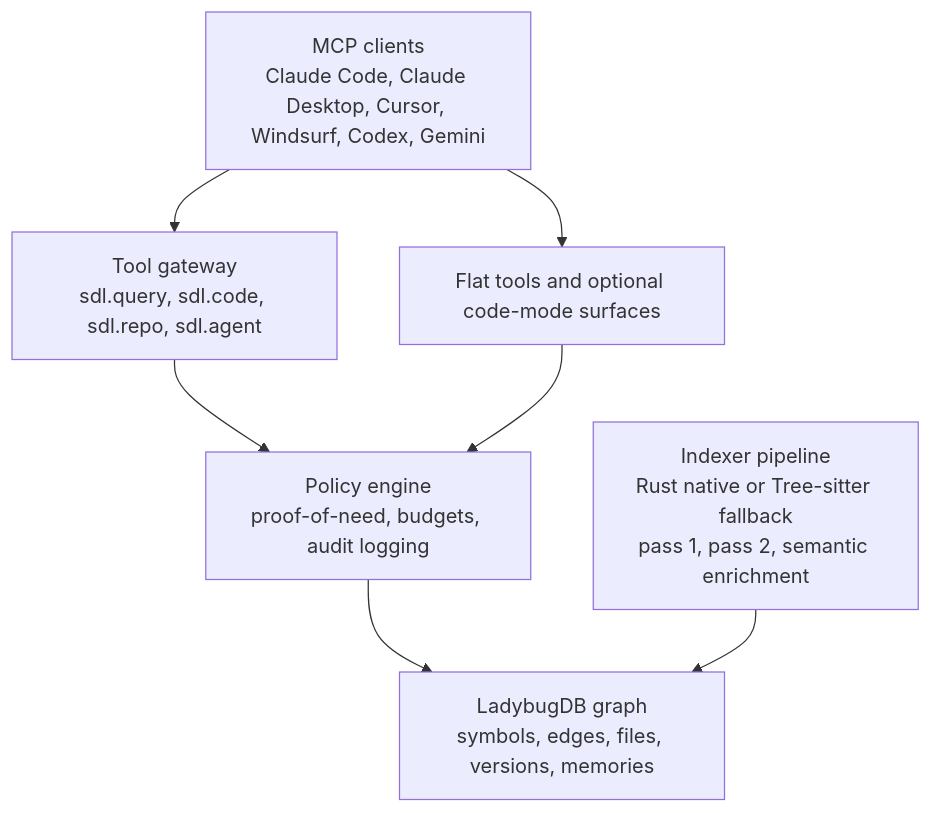
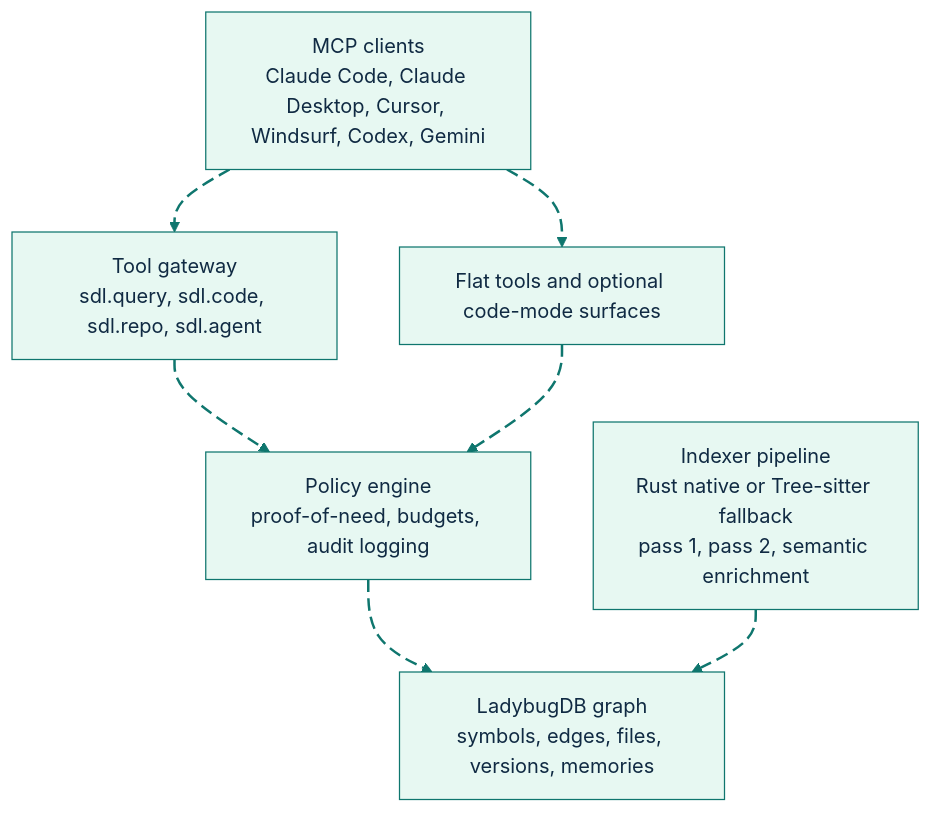
Before and after one commit to GlitterKill/sdl-mcp: the tenth of 10 diagrams in README.md, drawn with Mermaid. The commit also changed other lines of this file and 1 other file, not shown here.

````diff
--- a/README.md
+++ b/README.md
@@ -589,16 +696,26 @@
 ```mermaid
+%%{init: {"theme":"base","themeVariables":{"background":"#ffffff","primaryColor":"#E7F8F2","primaryBorderColor":"#0F766E","primaryTextColor":"#102A43","secondaryColor":"#E8F1FF","secondaryBorderColor":"#2563EB","secondaryTextColor":"#102A43","tertiaryColor":"#FFF4D6","tertiaryBorderColor":"#B45309","tertiaryTextColor":"#102A43","lineColor":"#0F766E","textColor":"#102A43","fontFamily":"Inter, ui-sans-serif, system-ui, -apple-system, BlinkMacSystemFont, Segoe UI, sans-serif"},"flowchart":{"curve":"basis","htmlLabels":true}}}%%
 flowchart TD
     Clients["MCP clients<br/>Claude Code, Claude Desktop, Cursor, Windsurf, Codex, Gemini"]
     Gateway["Tool gateway<br/>sdl.query, sdl.code, sdl.repo, sdl.agent"]
     Flat["Flat tools and optional code-mode surfaces"]
     Policy["Policy engine<br/>proof-of-need, budgets, audit logging"]
     Graph["LadybugDB graph<br/>symbols, edges, files, versions, memories"]
     Indexer["Indexer pipeline<br/>Rust native or Tree-sitter fallback<br/>pass 1, pass 2, semantic enrichment"]
 
-    Clients --> Gateway
-    Clients --> Flat
-    Gateway --> Policy
-    Flat --> Policy
-    Policy --> Graph
-    Indexer --> Graph
+    Clients e1@--> Gateway
+    Clients e2@--> Flat
+    Gateway e3@--> Policy
+    Flat e4@--> Policy
+    Policy e5@--> Graph
+    Indexer e6@--> Graph
+
+    classDef source fill:#E7F8F2,stroke:#0F766E,stroke-width:2px,color:#102A43;
+    classDef process fill:#E8F1FF,stroke:#2563EB,stroke-width:2px,color:#102A43;
+    classDef decision fill:#FFF4D6,stroke:#B45309,stroke-width:2px,color:#102A43;
+    classDef storage fill:#F2E8FF,stroke:#7C3AED,stroke-width:2px,color:#102A43;
+    classDef output fill:#FFE8EF,stroke:#BE123C,stroke-width:2px,color:#102A43;
+    classDef muted fill:#F8FAFC,stroke:#64748B,stroke-width:1px,color:#102A43;
+    classDef animate stroke:#0F766E,stroke-width:2px,stroke-dasharray:10\,5,stroke-dashoffset:900,animation:dash 22s linear infinite;
+    class e1,e2,e3,e4,e5,e6 animate;
 ```
````
